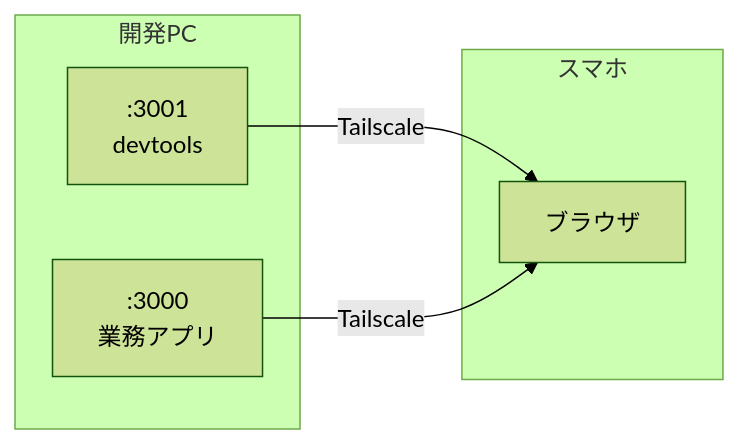
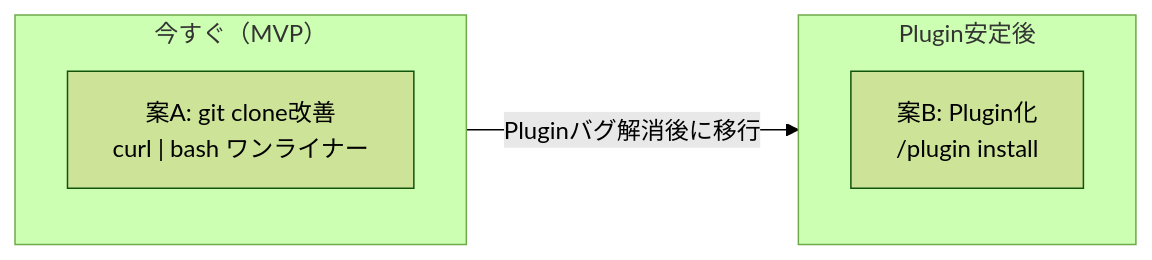
Before and after one commit to nyan-tama/Ghostrunner: the first of 2 diagrams in 開発/検討中/アーカイブ/2026-03-20_Ghostrunner配布方法.md, drawn with Mermaid (forest theme). The commit also changed other lines of this file and 9 other files, not shown here.

````diff
--- a/開発/検討中/アーカイブ/2026-03-20_Ghostrunner配布方法.md
+++ b/開発/検討中/アーカイブ/2026-03-20_Ghostrunner配布方法.md
@@ -212,14 +133,10 @@
 ```mermaid
-flowchart LR
-    subgraph PC["開発PC"]
-        APP[":3000<br/>業務アプリ"]
-        DEV[":3001<br/>devtools"]
+graph LR
+    subgraph NOW["今すぐ（MVP）"]
+        A["案A: git clone改善<br/>curl | bash ワンライナー"]
     end
-
-    subgraph PHONE["スマホ"]
-        BROWSER["ブラウザ"]
+    subgraph FUTURE["Plugin安定後"]
+        B["案B: Plugin化<br/>/plugin install"]
     end
-
-    DEV -->|"Tailscale"| BROWSER
-    APP -->|"Tailscale"| BROWSER
+    NOW -->|"Pluginバグ解消後に移行"| FUTURE
 ```
````
